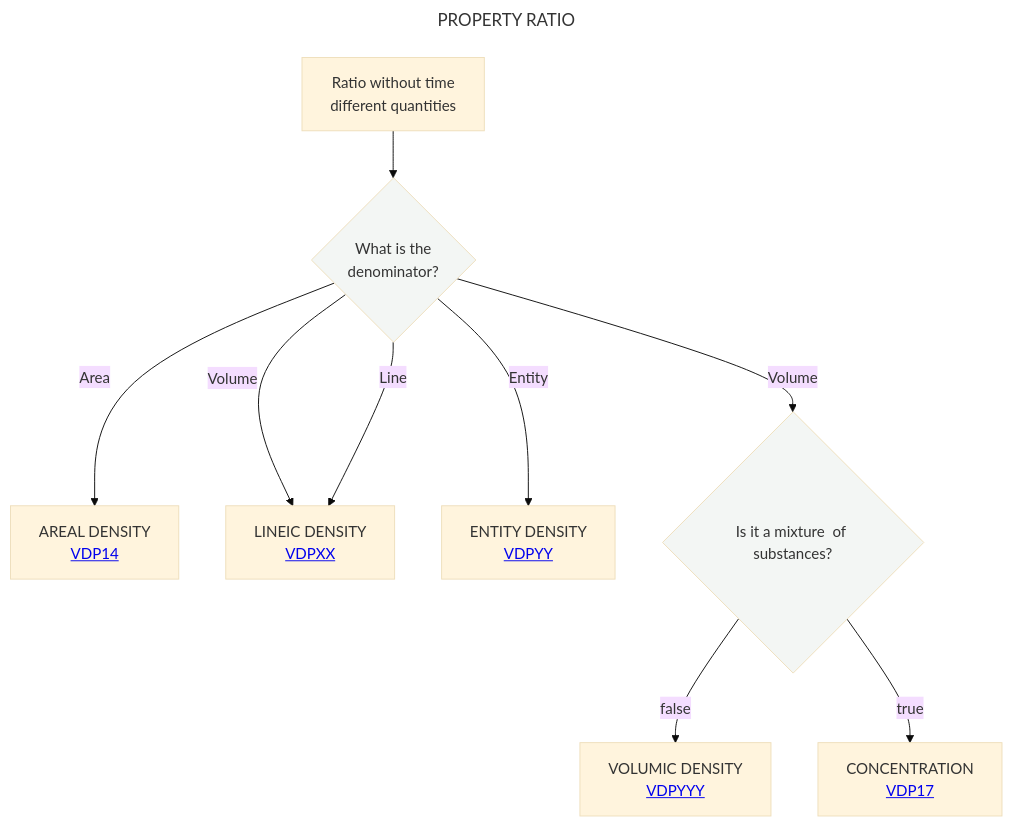
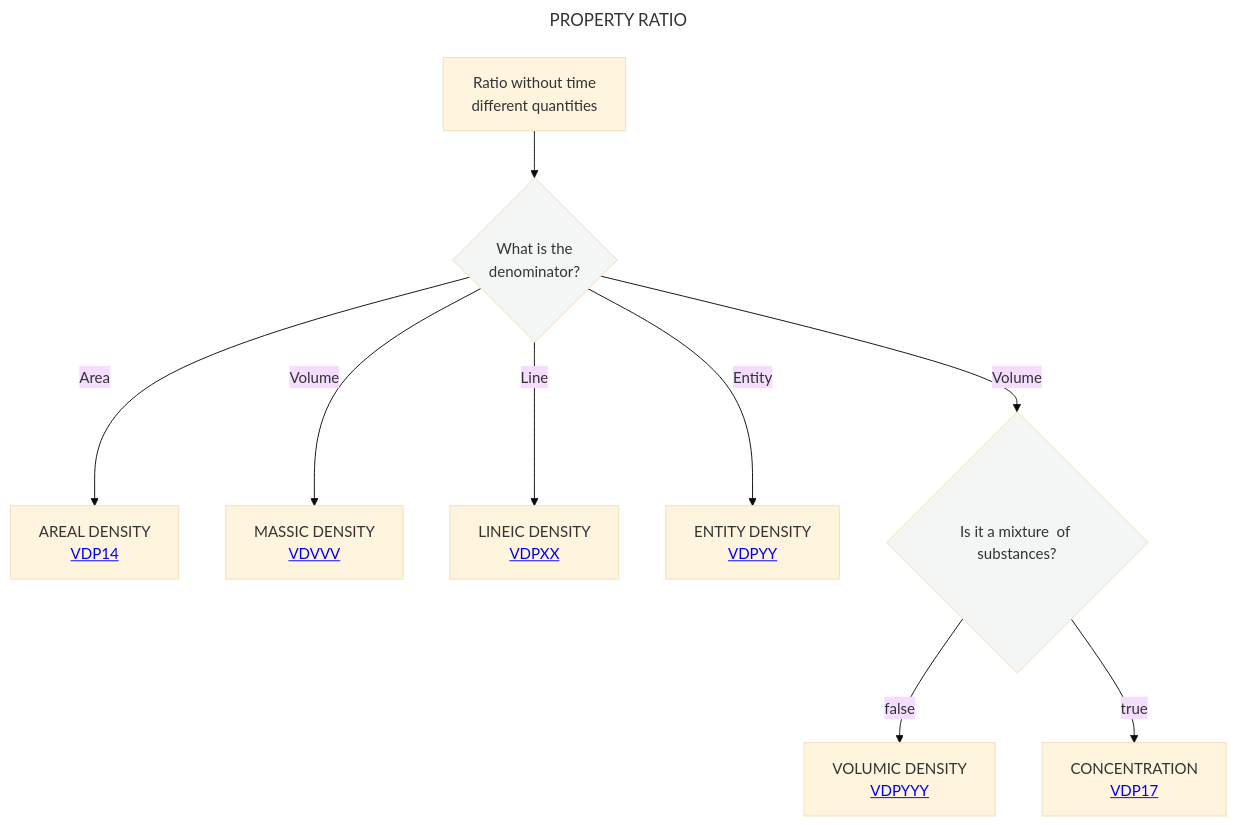
One commit to mabablue/I-ADOPT-patterns-playground changed the diagram in Decisition_trees/DT4.mmd. Above: the diagram before and after it, drawn with Mermaid (base theme).

```diff
--- a/Decisition_trees/DT4.mmd
+++ b/Decisition_trees/DT4.mmd
@@ -1,16 +1,16 @@
 ---
 title: PROPERTY RATIO
 ---
 flowchart TD
     A[Ratio without time <br> different quantities] --> B{What is the <br> denominator?}:::white
     B -- Area -->C[AREAL DENSITY <br> <a href='https://github.com/mabablue/I-ADOPT-patterns-playground/blob/main/pattern/VDP14.yaml'>VDP14</a>]
-    B -- Volume -->D[MASSIC DENSITY <br> <a href='https://github.com/mabablue/I-ADOPT-patterns-playground/blob/main/pattern/VDP14.yaml'>VDVVV</a>]
+    B -- Volume -->E[MASSIC DENSITY <br> <a href='https://github.com/mabablue/I-ADOPT-patterns-playground/blob/main/pattern/VDP14.yaml'>VDVVV</a>]
     B -- Line -->D[LINEIC DENSITY <br> <a href='https://github.com/mabablue/I-ADOPT-patterns-playground/blob/main/pattern/VDPXX.yaml'>VDPXX</a>]
     B -- Entity -->F[ENTITY DENSITY <br> <a href='https://github.com/mabablue/I-ADOPT-patterns-playground/blob/main/pattern/VDPXX.yaml'>VDPYY</a>]
     B -- Volume -->G{Is it a mixture <be> of substances?}:::white
     G --> |false|H[VOLUMIC DENSITY <br> <a href='https://github.com/mabablue/I-ADOPT-patterns-playground/blob/main/pattern/VDP20.yaml'>VDPYYY</a>]
     G--> |true|I[CONCENTRATION <br> <a href='https://github.com/mabablue/I-ADOPT-patterns-playground/blob/main/pattern/VDP17.yaml'>VDP17</a>]
    classDef blue fill:#90D5FF
    classDef satblue fill:#57B9FF 
    classDef white fill:#f3f6f4
    classDef green fill:#6aa84f
```
